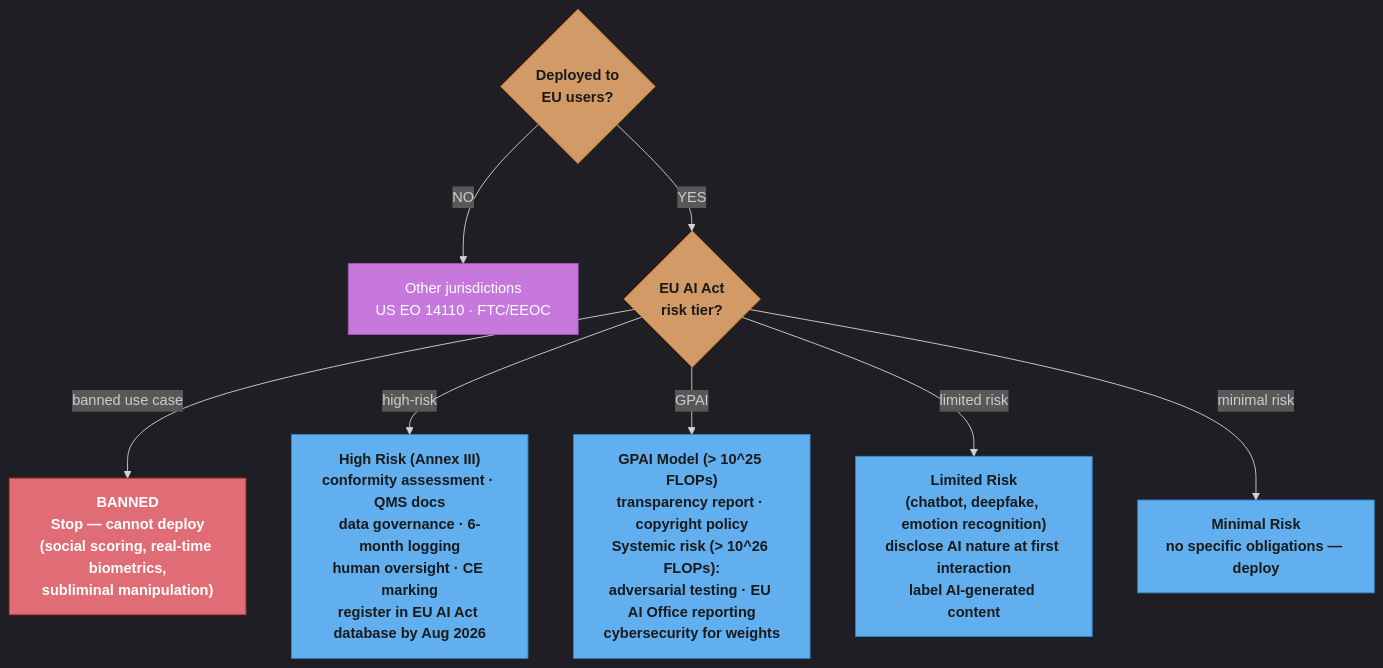
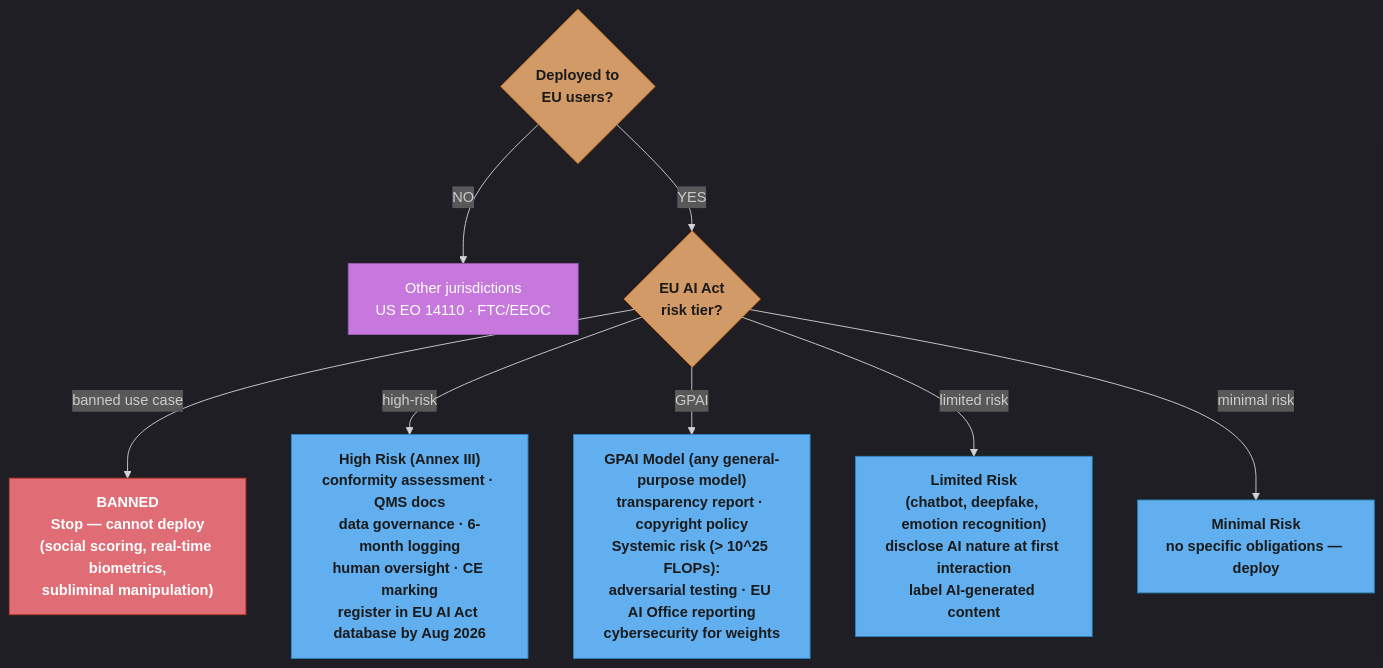
The first of 2 diagrams in src/main/java/com/rutik/systemdesign/llm/ai_regulations_and_compliance/README.md (rppol/system-design), drawn with Mermaid before and after one commit. The commit also changed other lines of this file and 162 other files, not shown here.

````diff
--- a/src/main/java/com/rutik/systemdesign/llm/ai_regulations_and_compliance/README.md
+++ b/src/main/java/com/rutik/systemdesign/llm/ai_regulations_and_compliance/README.md
@@ -173,33 +173,33 @@
 ```mermaid
 %%{init: {'flowchart': {'curve': 'basis'}, 'theme': 'dark'}}%%
 flowchart TD
     classDef io      fill:#61afef,stroke:#2e86c1,color:#1a1a1a,font-weight:bold
     classDef frozen  fill:#c678dd,stroke:#9b59b6,color:#fff
     classDef train   fill:#98c379,stroke:#27ae60,color:#1a1a1a
     classDef mathOp  fill:#d19a66,stroke:#e67e22,color:#1a1a1a,font-weight:bold
     classDef lossN   fill:#e06c75,stroke:#c0392b,color:#fff,font-weight:bold
     classDef req     fill:#56b6c2,stroke:#0097a7,color:#1a1a1a
     classDef base    fill:#e5c07b,stroke:#f39c12,color:#1a1a1a
 
     EU{"Deployed to\nEU users?"}
     OTHER["Other jurisdictions\nUS EO 14110 · FTC/EEOC"]
     RISK{"EU AI Act\nrisk tier?"}
     BANNED["BANNED\nStop — cannot deploy\n(social scoring, real-time biometrics,\nsubliminal manipulation)"]
     HIGH["High Risk (Annex III)\nconformity assessment · QMS docs\ndata governance · 6-month logging\nhuman oversight · CE marking\nregister in EU AI Act database by Aug 2026"]
-    GPAI["GPAI Model (> 10^25 FLOPs)\ntransparency report · copyright policy\nSystemic risk (> 10^26 FLOPs):\nadversarial testing · EU AI Office reporting\ncybersecurity for weights"]
+    GPAI["GPAI Model (any general-purpose model)\ntransparency report · copyright policy\nSystemic risk (> 10^25 FLOPs):\nadversarial testing · EU AI Office reporting\ncybersecurity for weights"]
     LTD["Limited Risk\n(chatbot, deepfake, emotion recognition)\ndisclose AI nature at first interaction\nlabel AI-generated content"]
     MIN["Minimal Risk\nno specific obligations — deploy"]
 
     EU -->|"NO"| OTHER
     EU -->|"YES"| RISK
     RISK -->|"banned use case"| BANNED
     RISK -->|"high-risk"| HIGH
     RISK -->|"GPAI"| GPAI
     RISK -->|"limited risk"| LTD
     RISK -->|"minimal risk"| MIN
 
     class EU,RISK mathOp
     class HIGH,GPAI,LTD,MIN io
     class OTHER frozen
     class BANNED lossN
 ```
````
